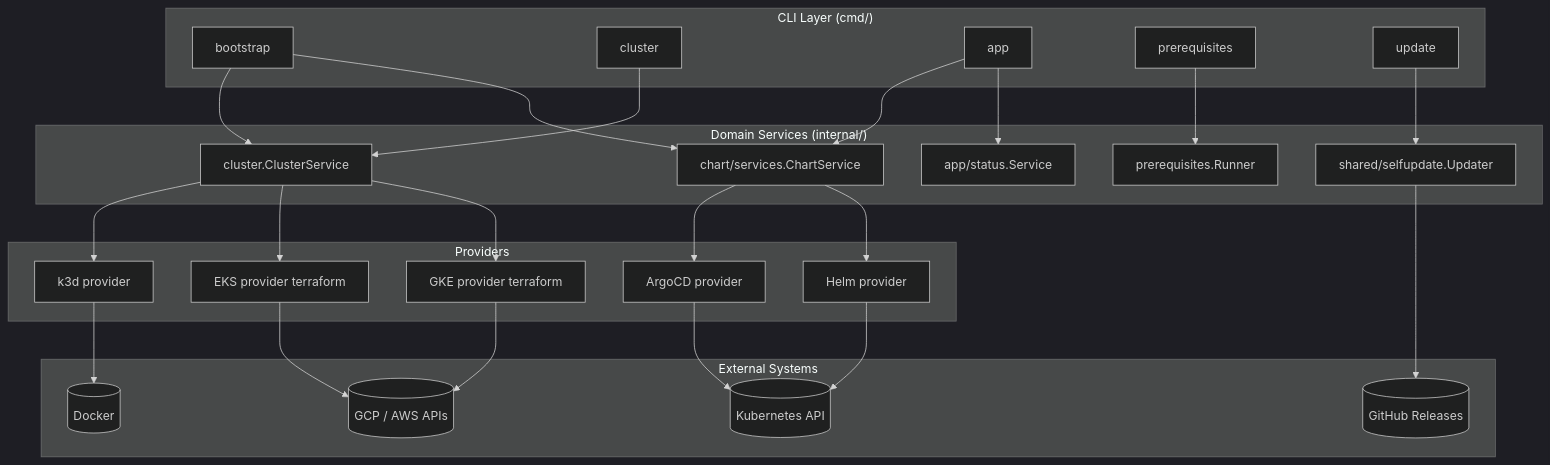
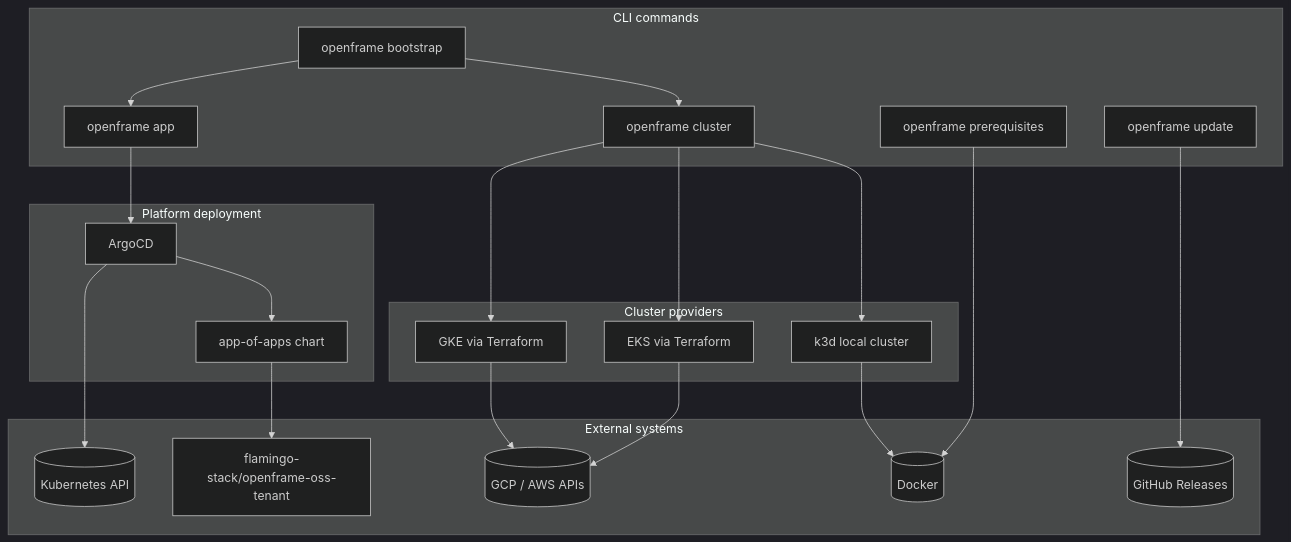
The diagram in docs/getting-started/introduction.md (flamingo-stack/openframe-cli), drawn with Mermaid (dark theme) before and after one commit. The commit also changed other lines of this file and 223 other files, not shown here.

````diff
--- a/docs/getting-started/introduction.md
+++ b/docs/getting-started/introduction.md
@@ -37,54 +34,44 @@
 ```mermaid
-graph TB
-    subgraph cliLayer["CLI Layer (cmd/)"]
-        Bootstrap[bootstrap]
-        Cluster[cluster]
-        App[app]
-        Prereq[prerequisites]
-        Update[update]
+flowchart TB
+    subgraph CmdLayer["CLI commands"]
+        Bootstrap[openframe bootstrap]
+        Cluster[openframe cluster]
+        App[openframe app]
+        Prereq[openframe prerequisites]
+        Update[openframe update]
     end
 
-    subgraph domainLayer["Domain Services (internal/)"]
-        ClusterSvc["cluster.ClusterService"]
-        ChartSvc["chart/services.ChartService"]
-        AppStatus["app/status.Service"]
-        PrereqFw["prerequisites.Runner"]
-        SelfUpdate["shared/selfupdate.Updater"]
+    subgraph Providers["Cluster providers"]
+        K3d[k3d local cluster]
+        EKS[EKS via Terraform]
+        GKE[GKE via Terraform]
     end
 
-    subgraph providerLayer["Providers"]
-        K3d["k3d provider"]
-        EKS["EKS provider terraform"]
-        GKE["GKE provider terraform"]
-        ArgoCD["ArgoCD provider"]
-        Helm["Helm provider"]
+    subgraph PlatformLayer["Platform deployment"]
+        ArgoCD[ArgoCD]
+        AppOfApps["app-of-apps chart"]
     end
 
-    subgraph externalLayer["External Systems"]
+    subgraph External["External systems"]
         Docker[("Docker")]
         K8sAPI[("Kubernetes API")]
         CloudAPI[("GCP / AWS APIs")]
-        GitHubRel[("GitHub Releases")]
+        GitHubReleases[("GitHub Releases")]
+        OSSTenant["flamingo-stack/openframe-oss-tenant"]
     end
 
-    Bootstrap --> ClusterSvc
-    Bootstrap --> ChartSvc
-    Cluster --> ClusterSvc
-    App --> ChartSvc
-    App --> AppStatus
-    Prereq --> PrereqFw
-    Update --> SelfUpdate
-
-    ClusterSvc --> K3d
-    ClusterSvc --> EKS
-    ClusterSvc --> GKE
-    ChartSvc --> ArgoCD
-    ChartSvc --> Helm
-
+    Bootstrap --> Cluster
+    Bootstrap --> App
+    Cluster --> K3d
+    Cluster --> EKS
+    Cluster --> GKE
+    App --> ArgoCD
+    ArgoCD --> AppOfApps
+    AppOfApps --> OSSTenant
     K3d --> Docker
     EKS --> CloudAPI
     GKE --> CloudAPI
     ArgoCD --> K8sAPI
-    Helm --> K8sAPI
-    SelfUpdate --> GitHubRel
+    Prereq --> Docker
+    Update --> GitHubReleases
 ```
````
